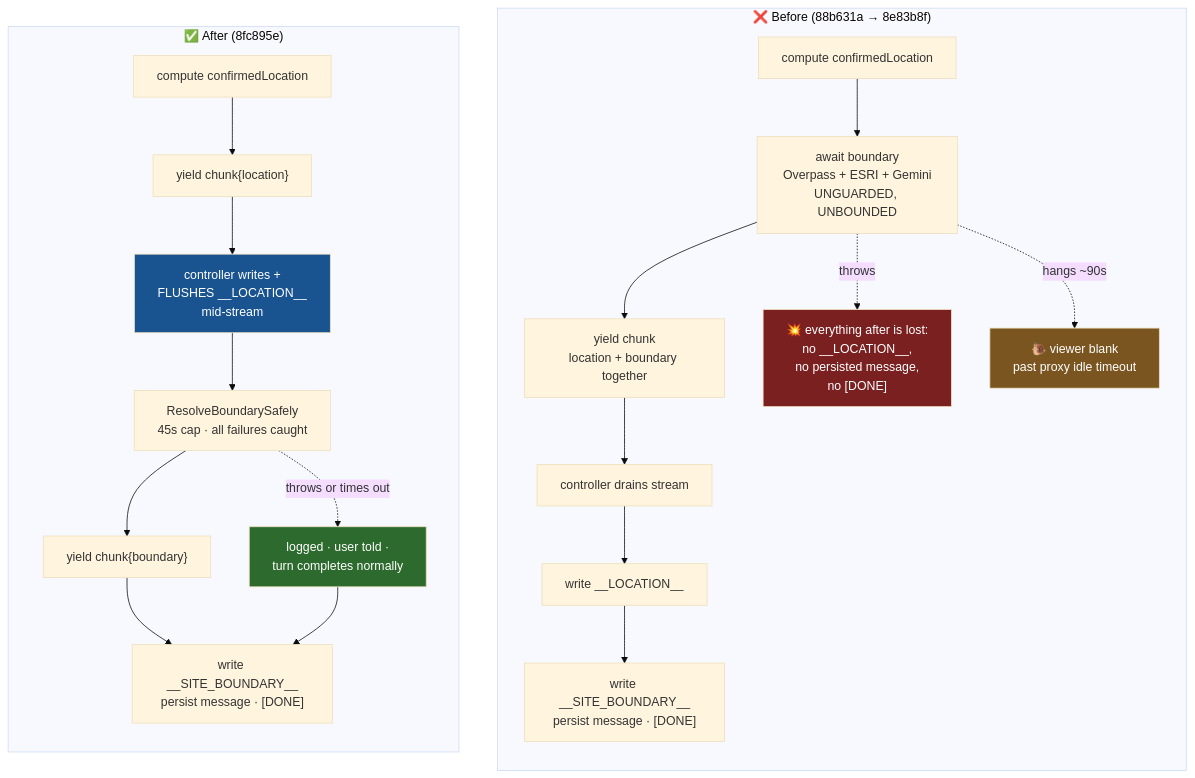
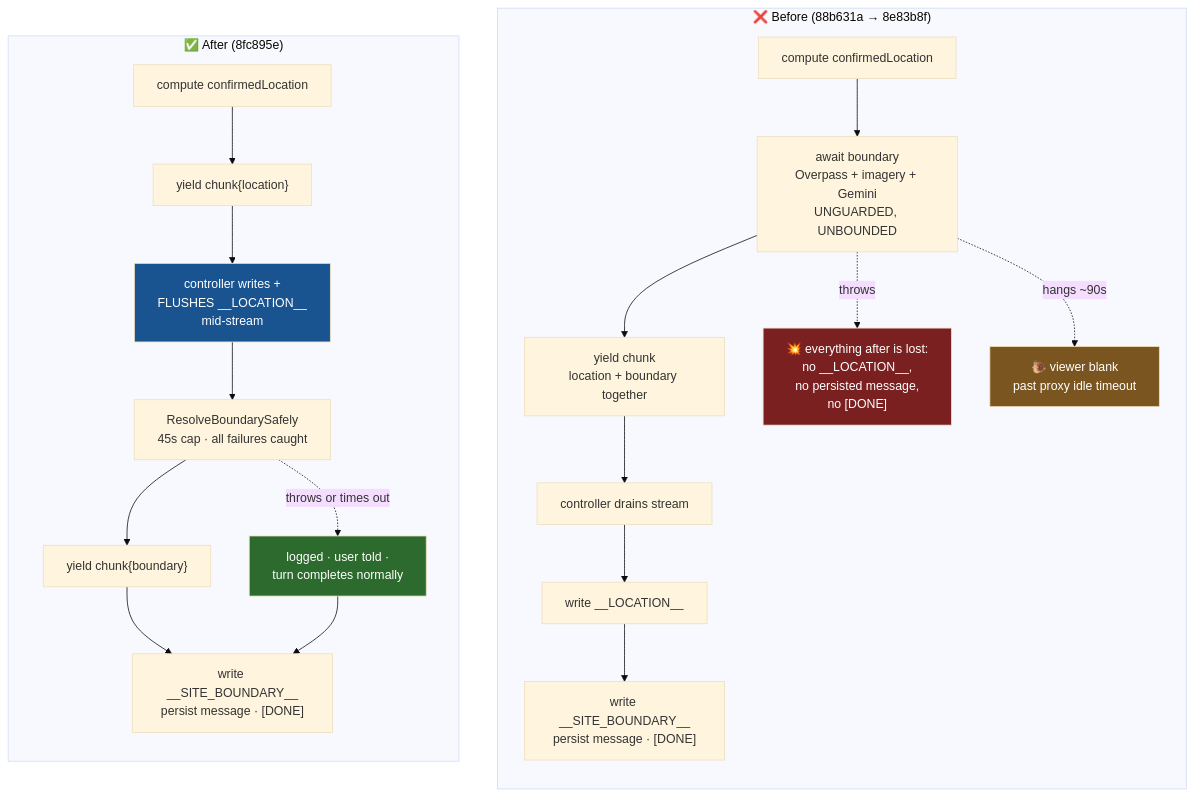
Before and after one commit to org-bim-catalyst/hydra: the fourth of 5 diagrams in docs/LOCATION_TO_BOUNDARY_END_TO_END.md, drawn with Mermaid (base theme). The commit also changed other lines of this file and 7 other files, not shown here.

First line of the commit message:
feat(boundary): read the offset from Google imagery, framed on the site

````diff
--- a/docs/LOCATION_TO_BOUNDARY_END_TO_END.md
+++ b/docs/LOCATION_TO_BOUNDARY_END_TO_END.md
@@ -210,29 +211,29 @@
 ```mermaid
 flowchart TB
     subgraph OLD["❌ Before (88b631a → 8e83b8f)"]
         direction TB
-        A1[compute confirmedLocation] --> A2["await boundary<br/>Overpass + ESRI + Gemini<br/>UNGUARDED, UNBOUNDED"]
+        A1[compute confirmedLocation] --> A2["await boundary<br/>Overpass + imagery + Gemini<br/>UNGUARDED, UNBOUNDED"]
         A2 --> A3["yield chunk<br/>location + boundary together"]
         A3 --> A4["controller drains stream"]
         A4 --> A5[write __LOCATION__]
         A5 --> A6["write __SITE_BOUNDARY__<br/>persist message · [DONE]"]
         A2 -.->|throws| X1["💥 everything after is lost:<br/>no __LOCATION__,<br/>no persisted message,<br/>no [DONE]"]
         A2 -.->|hangs ~90s| X2["🐌 viewer blank<br/>past proxy idle timeout"]
     end
 
     subgraph NEW["✅ After (8fc895e)"]
         direction TB
         B1[compute confirmedLocation] --> B2["yield chunk{location}"]
         B2 --> B3["controller writes +<br/>FLUSHES __LOCATION__<br/>mid-stream"]
         B3 --> B4["ResolveBoundarySafely<br/>45s cap · all failures caught"]
         B4 --> B5["yield chunk{boundary}"]
         B5 --> B6["write __SITE_BOUNDARY__<br/>persist message · [DONE]"]
         B4 -.->|throws or times out| Y1["logged · user told ·<br/>turn completes normally"]
         Y1 --> B6
     end
 
     style X1 fill:#7a2020,color:#fff
     style X2 fill:#7a5520,color:#fff
     style Y1 fill:#2d6a2d,color:#fff
     style B3 fill:#1a5490,color:#fff
 ```
````
